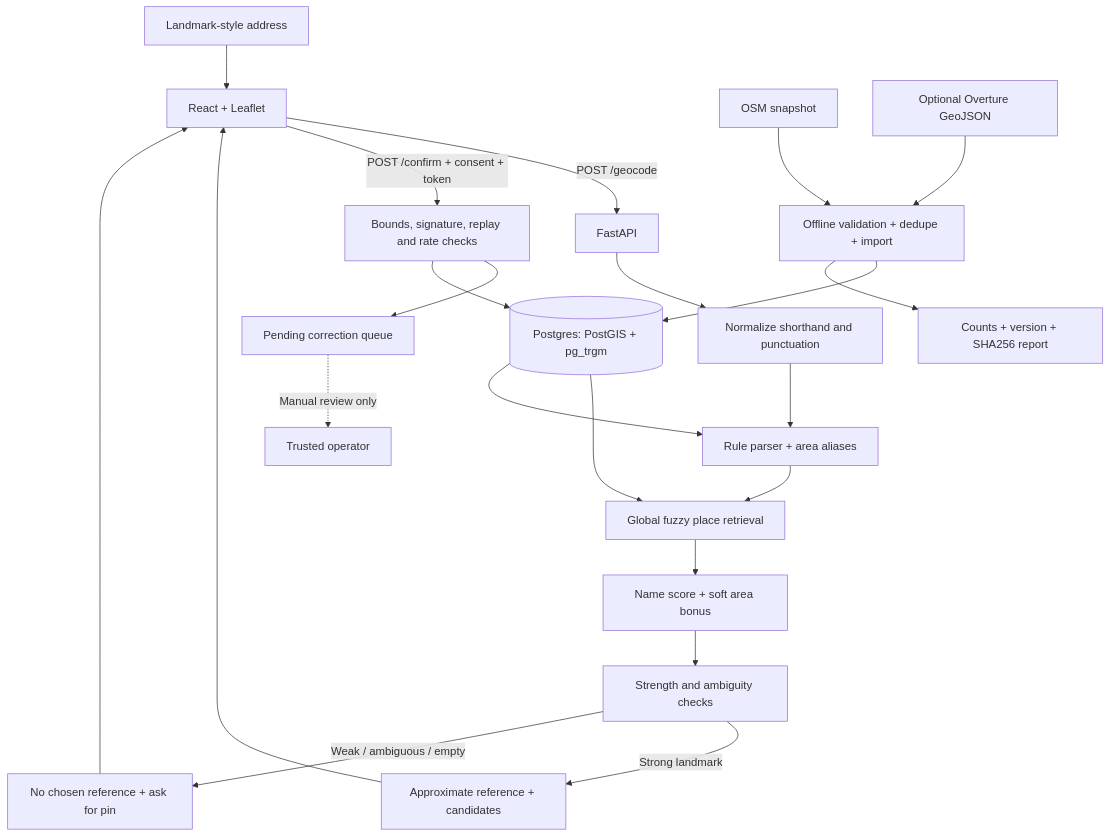
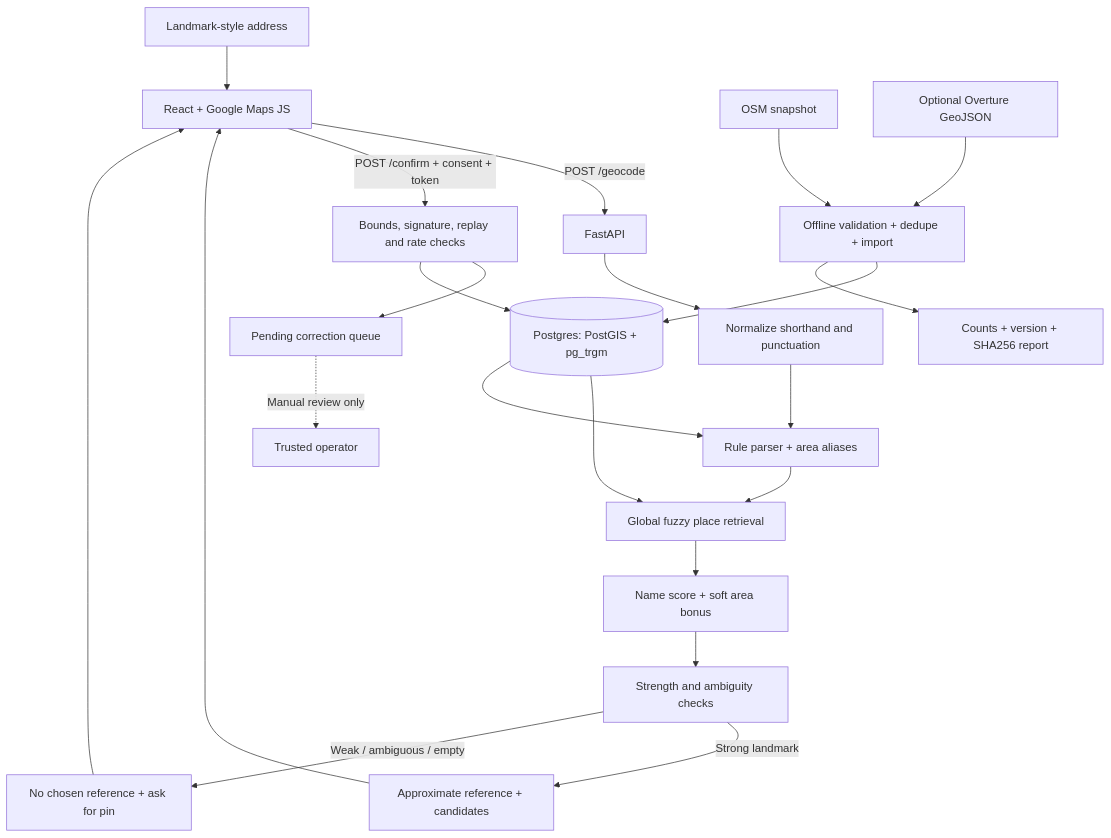
Before and after one commit to adeyanjufuhad/Locate-Am: the first of 2 diagrams in README.md, drawn with Mermaid. The commit also changed other lines of this file, not shown here.

Commit message:
docs(maps): document Google Maps API key creation, restrictions, and Vercel env

````diff
--- a/README.md
+++ b/README.md
@@ -72,24 +72,24 @@
 ```mermaid
 flowchart TD
-    User[Landmark-style address] --> UI[React + Leaflet]
+    User[Landmark-style address] --> UI[React + Google Maps JS]
     UI -->|POST /geocode| API[FastAPI]
     API --> N[Normalize shorthand and punctuation]
     N --> P[Rule parser + area aliases]
     P --> Retrieve[Global fuzzy place retrieval]
     Retrieve --> Rank[Name score + soft area bonus]
     Rank --> Gate[Strength and ambiguity checks]
     Gate -->|Strong landmark| Ref[Approximate reference + candidates]
     Gate -->|Weak / ambiguous / empty| Abstain[No chosen reference + ask for pin]
     Ref --> UI
     Abstain --> UI
     UI -->|POST /confirm + consent + token| Validate[Bounds, signature, replay and rate checks]
     Validate --> Queue[Pending correction queue]
     Queue -.->|Manual review only| Reviewer[Trusted operator]
     DB[(Postgres: PostGIS + pg_trgm)] --> Retrieve
     DB --> P
     Validate --> DB
     OSM[OSM snapshot] --> Import[Offline validation + dedupe + import]
     Overture[Optional Overture GeoJSON] --> Import
     Import --> DB
     Import --> Report[Counts + version + SHA256 report]
 ```
````
